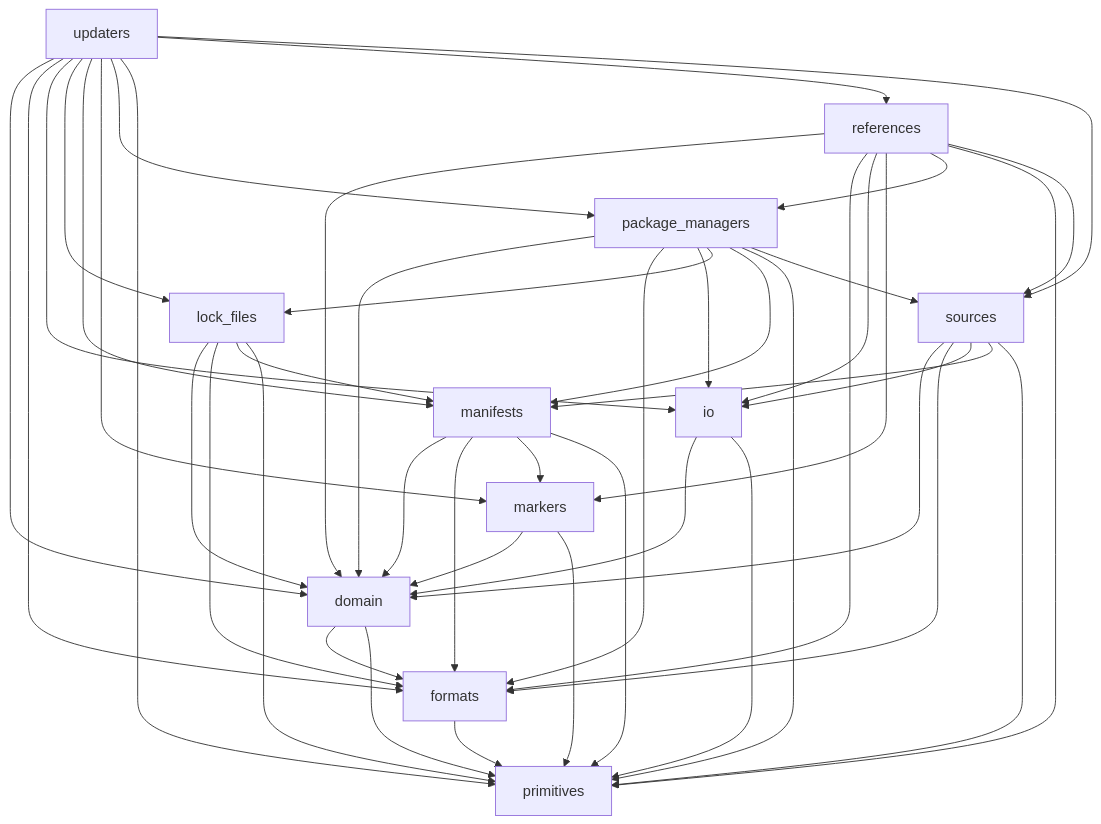
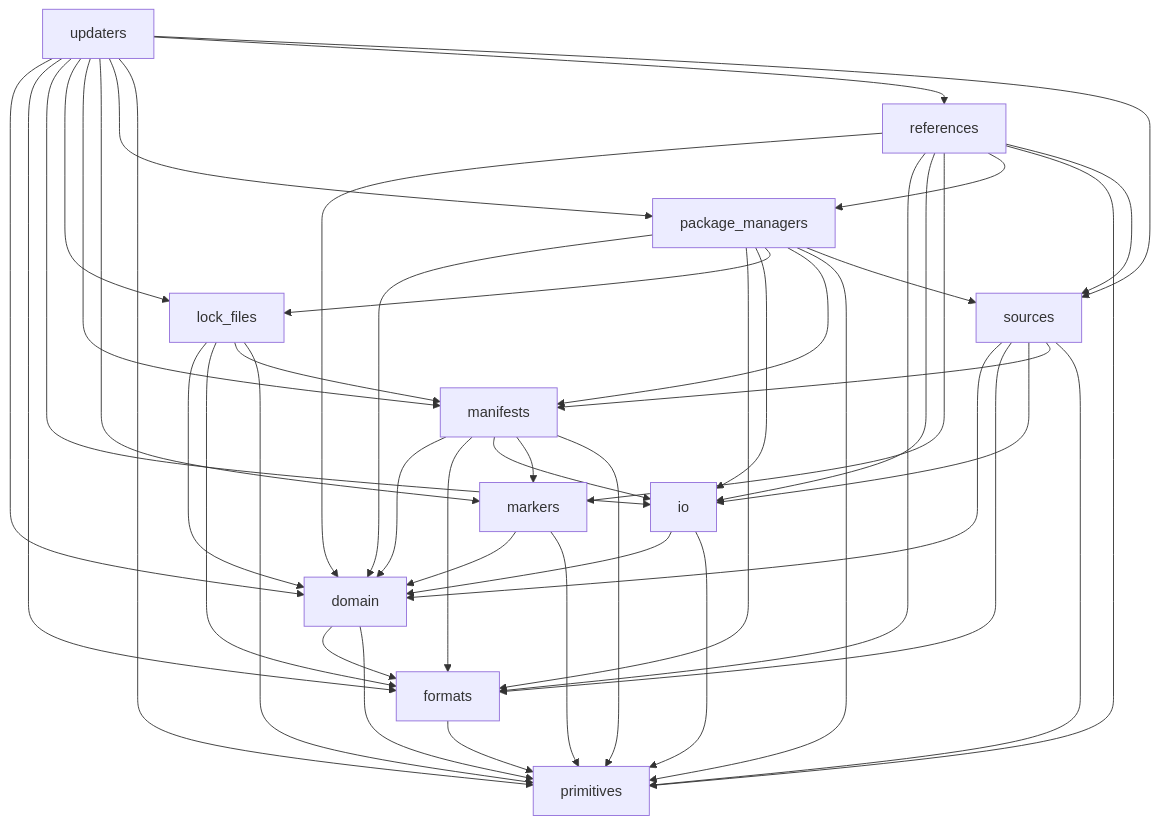
The diagram in docs/architecture.md (ICTU/update-time), drawn with Mermaid before and after one commit. The commit also changed 32 other files, not shown here.

````diff
--- a/docs/architecture.md
+++ b/docs/architecture.md
@@ -5,47 +5,48 @@
 ```mermaid
 flowchart TD
   domain --> formats
   domain --> primitives
   formats --> primitives
   io --> domain
   io --> primitives
   lock_files --> domain
   lock_files --> formats
   lock_files --> manifests
   lock_files --> primitives
   manifests --> domain
   manifests --> formats
+  manifests --> io
   manifests --> markers
   manifests --> primitives
   markers --> domain
   markers --> primitives
   package_managers --> domain
   package_managers --> formats
   package_managers --> io
   package_managers --> lock_files
   package_managers --> manifests
   package_managers --> primitives
   package_managers --> sources
   references --> domain
   references --> formats
   references --> io
   references --> markers
   references --> package_managers
   references --> primitives
   references --> sources
   sources --> domain
   sources --> formats
   sources --> io
   sources --> manifests
   sources --> primitives
   updaters --> domain
   updaters --> formats
   updaters --> io
   updaters --> lock_files
   updaters --> manifests
   updaters --> markers
   updaters --> package_managers
   updaters --> primitives
   updaters --> references
   updaters --> sources
 ```
````
